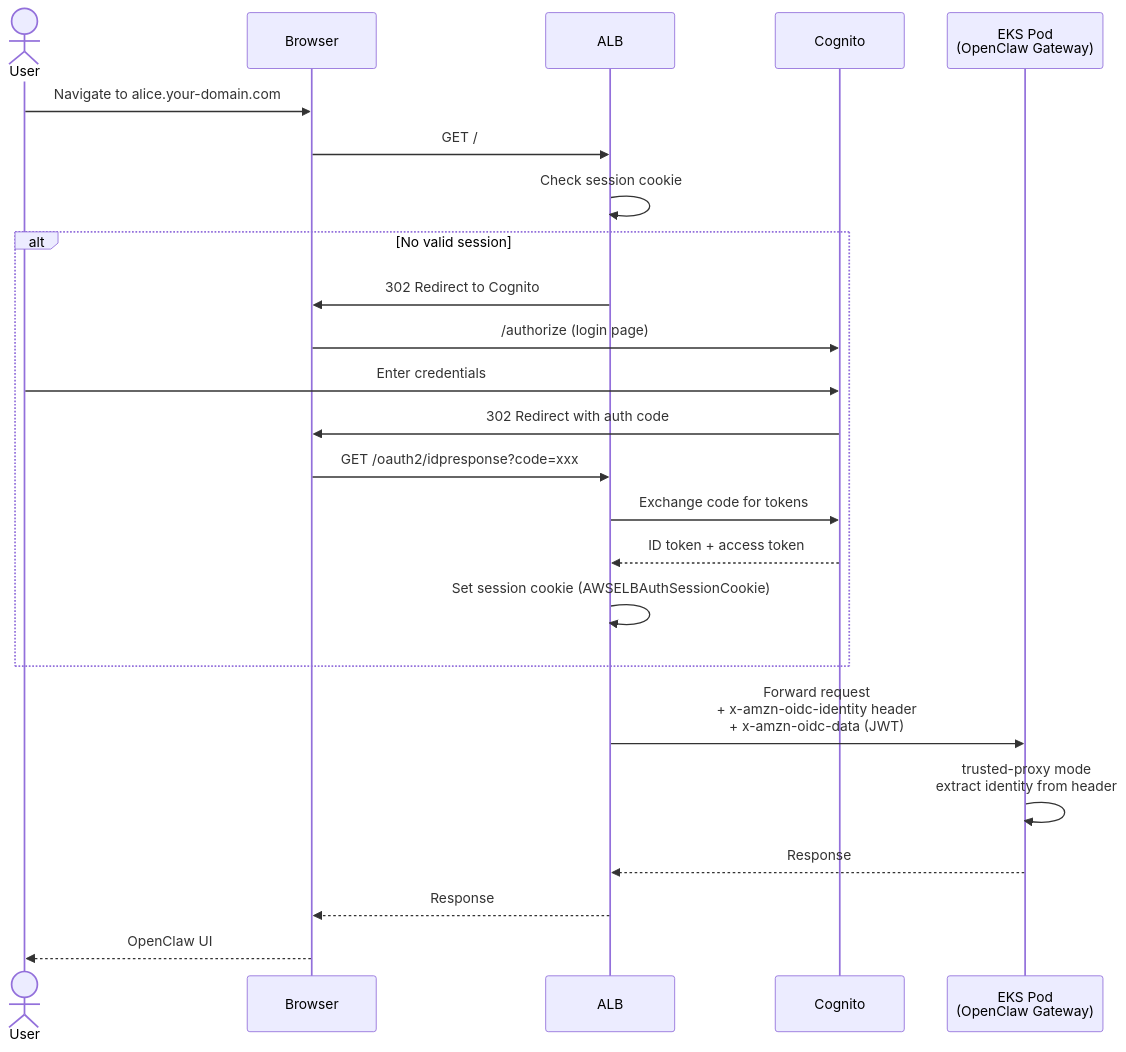
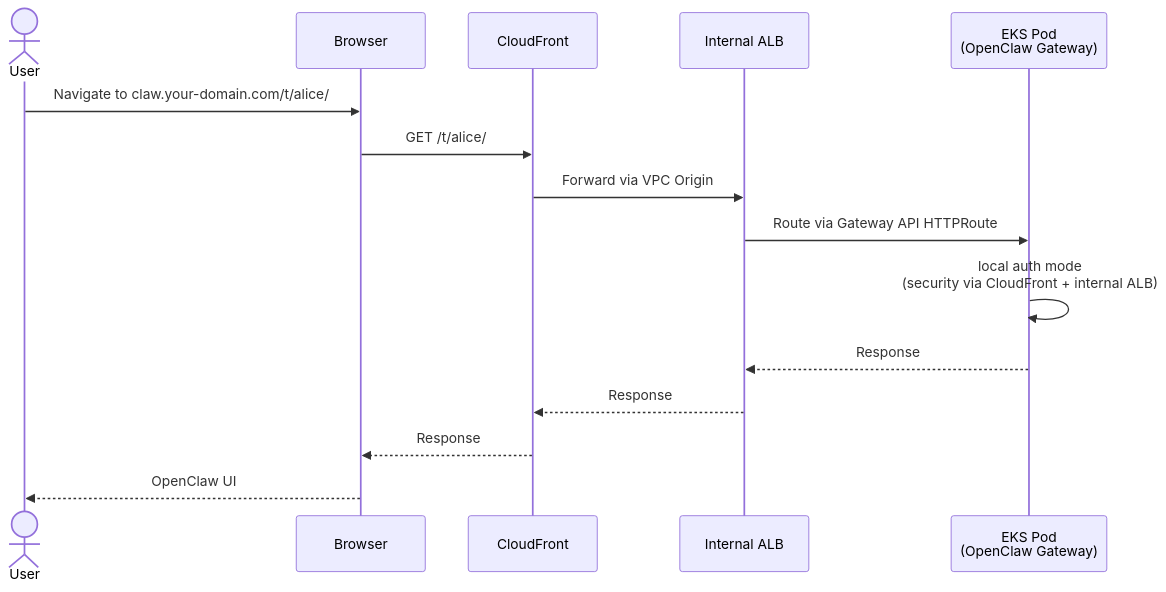
Before and after one commit to snese/sample-openclaw-multi-tenant-platform: the fourth of 5 diagrams in docs/architecture.md, drawn with Mermaid. The commit also changed other lines of this file and 16 other files, not shown here.

First line of the commit message:
fix: OpenClaw token auth + basePath + no URLRewrite + TCP probes + /healthz health check

````diff
--- a/docs/architecture.md
+++ b/docs/architecture.md
@@ -249,29 +272,18 @@
 ```mermaid
 sequenceDiagram
     actor User
     participant Browser
-    participant ALB
-    participant Cognito
+    participant CloudFront
+    participant ALB as Internal ALB
     participant Pod as EKS Pod<br/>(OpenClaw Gateway)
 
-    User->>Browser: Navigate to alice.your-domain.com
-    Browser->>ALB: GET /
-    ALB->>ALB: Check session cookie
-
-    alt No valid session
-        ALB->>Browser: 302 Redirect to Cognito
-        Browser->>Cognito: /authorize (login page)
-        User->>Cognito: Enter credentials
-        Cognito->>Browser: 302 Redirect with auth code
-        Browser->>ALB: GET /oauth2/idpresponse?code=xxx
-        ALB->>Cognito: Exchange code for tokens
-        Cognito-->>ALB: ID token + access token
-        ALB->>ALB: Set session cookie (AWSELBAuthSessionCookie)
-    end
-
-    ALB->>Pod: Forward request<br/>+ x-amzn-oidc-identity header<br/>+ x-amzn-oidc-data (JWT)
-    Pod->>Pod: trusted-proxy mode<br/>extract identity from header
+    User->>Browser: Navigate to claw.your-domain.com/t/alice/
+    Browser->>CloudFront: GET /t/alice/
+    CloudFront->>ALB: Forward via VPC Origin
+    ALB->>Pod: Route via Gateway API HTTPRoute
+    Pod->>Pod: local auth mode<br/>(security via CloudFront + internal ALB)
     Pod-->>ALB: Response
-    ALB-->>Browser: Response
+    ALB-->>CloudFront: Response
+    CloudFront-->>Browser: Response
     Browser-->>User: OpenClaw UI
 ```
````
